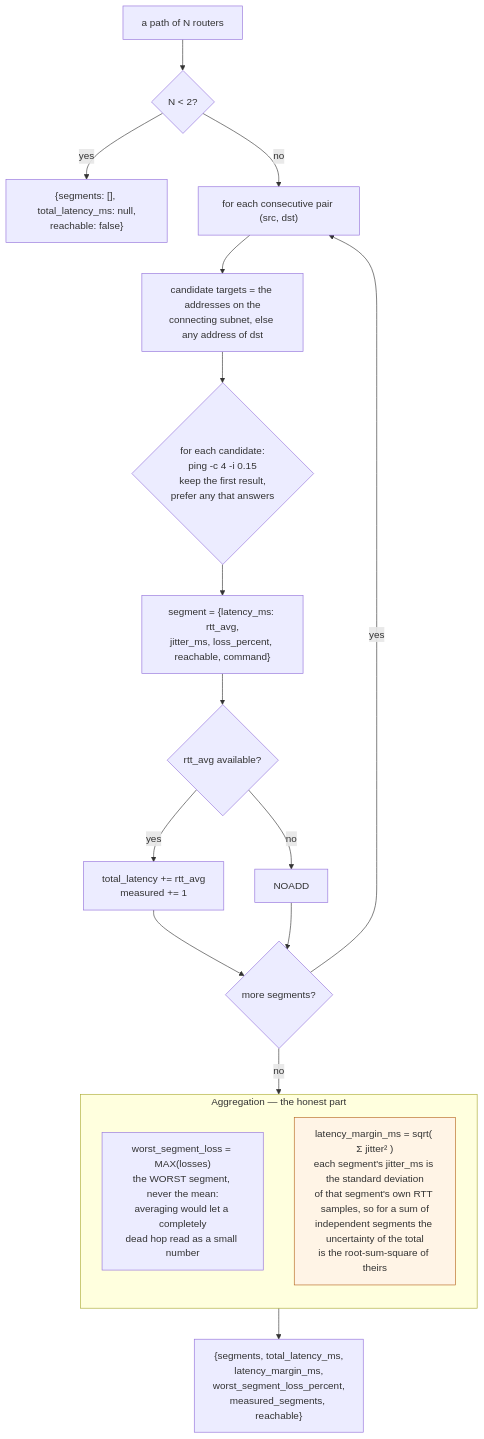
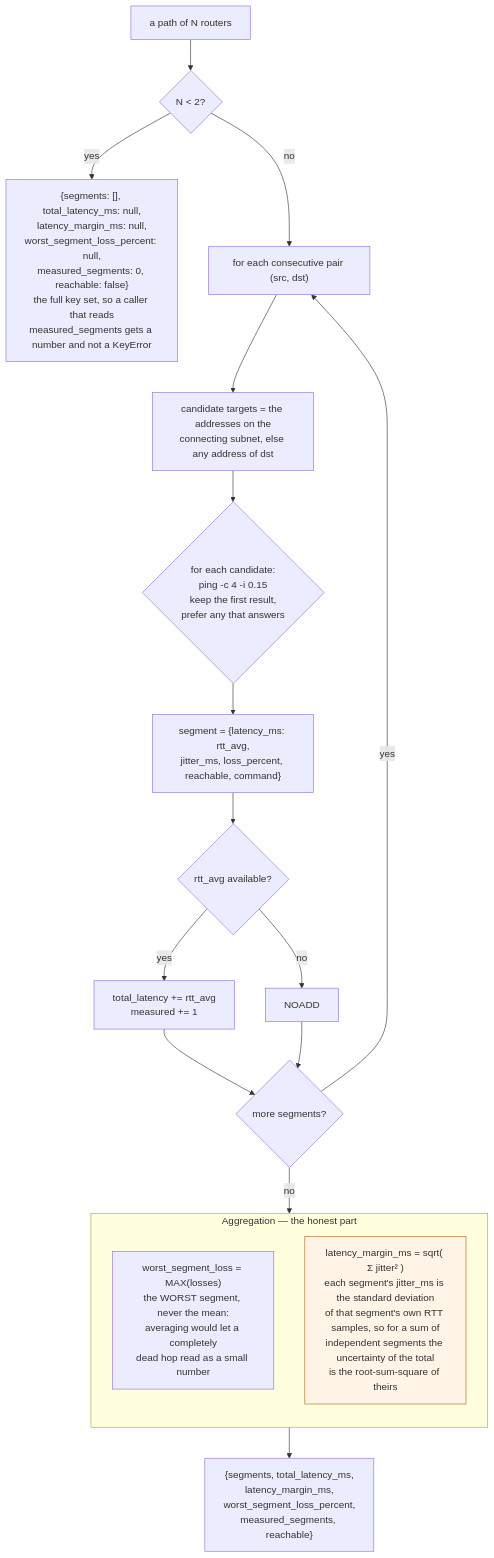
One commit to bhavshetty2003-gif/NetRouteAI changed diagram 14 of 23 in docs/ALGORITHM_FLOWCHARTS.md. Above: the diagram before and after it, drawn with Mermaid. The commit also changed other lines of this file and 36 other files, not shown here.

````diff
--- a/docs/ALGORITHM_FLOWCHARTS.md
+++ b/docs/ALGORITHM_FLOWCHARTS.md
@@ -850,27 +973,27 @@
 ```mermaid
 flowchart TD
     PATH["a path of N routers"] --> SHORT{"N &lt; 2?"}
-    SHORT -- yes --> NONE["{segments: [], total_latency_ms: null,<br/>reachable: false}"]
+    SHORT -- yes --> NONE["{segments: [], total_latency_ms: null,<br/>latency_margin_ms: null,<br/>worst_segment_loss_percent: null,<br/>measured_segments: 0, reachable: false}<br/>the full key set, so a caller that reads<br/>measured_segments gets a number and not a KeyError"]
     SHORT -- no --> SEG["for each consecutive pair (src, dst)"]
 
     SEG --> CAND["candidate targets = the addresses on the<br/>connecting subnet, else any address of dst"]
     CAND --> PING{"for each candidate:<br/>ping -c 4 -i 0.15<br/>keep the first result,<br/>prefer any that answers"}
     PING --> SEGMENT["segment = {latency_ms: rtt_avg,<br/>jitter_ms, loss_percent, reachable, command}"]
     SEGMENT --> ACC{"rtt_avg available?"}
     ACC -- yes --> ADD["total_latency += rtt_avg<br/>measured += 1"]
     ACC -- no --> NOADD
     ADD --> NEXTSEG
     NOADD --> NEXTSEG{"more segments?"}
     NEXTSEG -- yes --> SEG
     NEXTSEG -- no --> AGG
 
     subgraph AGG["Aggregation — the honest part"]
         direction TB
         W["worst_segment_loss = MAX(losses)<br/>the WORST segment, never the mean:<br/>averaging would let a completely<br/>dead hop read as a small number"]
         M["latency_margin_ms = sqrt( Σ jitter² )<br/>each segment's jitter_ms is the standard deviation<br/>of that segment's own RTT samples, so for a sum of<br/>independent segments the uncertainty of the total<br/>is the root-sum-square of theirs"]
     end
 
     AGG --> RET["{segments, total_latency_ms,<br/>latency_margin_ms,<br/>worst_segment_loss_percent,<br/>measured_segments, reachable}"]
 
     style M fill:#fff4e6,stroke:#b5651d
 ```
````
